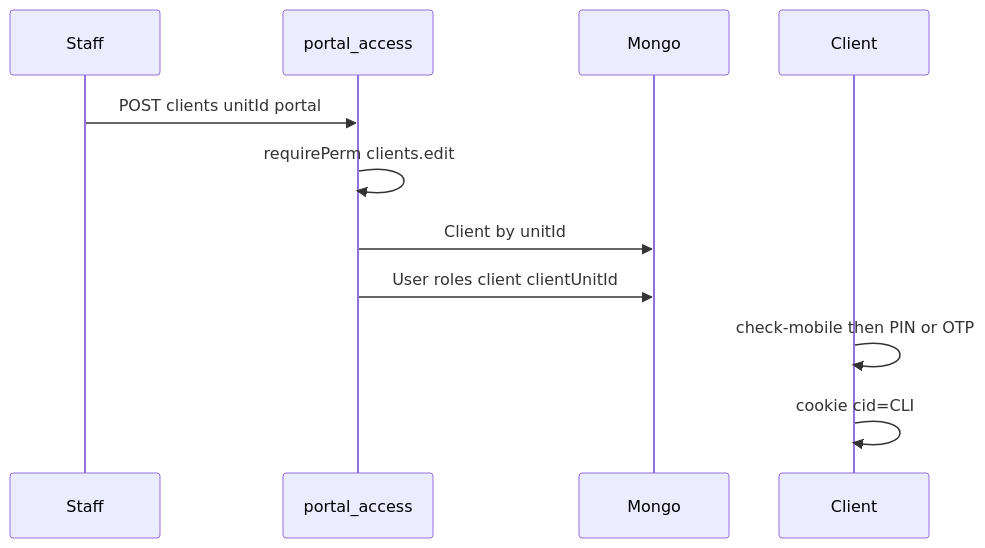
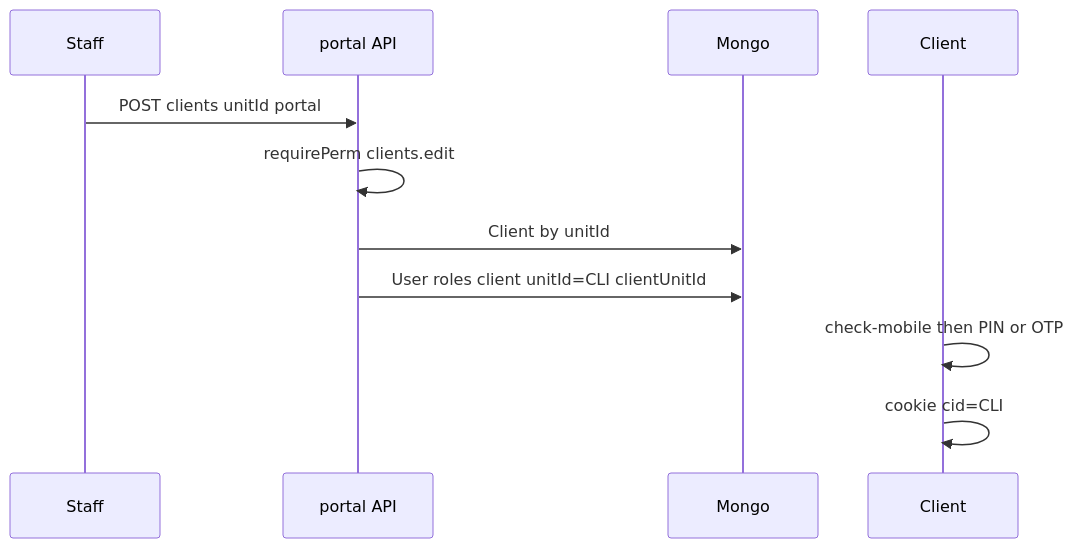
Before and after one commit to psmpasupathi009/mlf: diagram 11 of 21 in docs/site-architecture.md, drawn with Mermaid. The commit also changed other lines of this file and 8 other files, not shown here.

````diff
--- a/docs/site-architecture.md
+++ b/docs/site-architecture.md
@@ -805,13 +805,13 @@
 ```mermaid
 sequenceDiagram
   participant S as Staff
-  participant PA as portal_access
+  participant PA as portal API
   participant DB as Mongo
   participant C as Client
   S->>PA: POST clients unitId portal
   PA->>PA: requirePerm clients.edit
   PA->>DB: Client by unitId
-  PA->>DB: User roles client clientUnitId
+  PA->>DB: User roles client unitId=CLI clientUnitId
   C->>C: check-mobile then PIN or OTP
   C->>C: cookie cid=CLI
 ```
````
